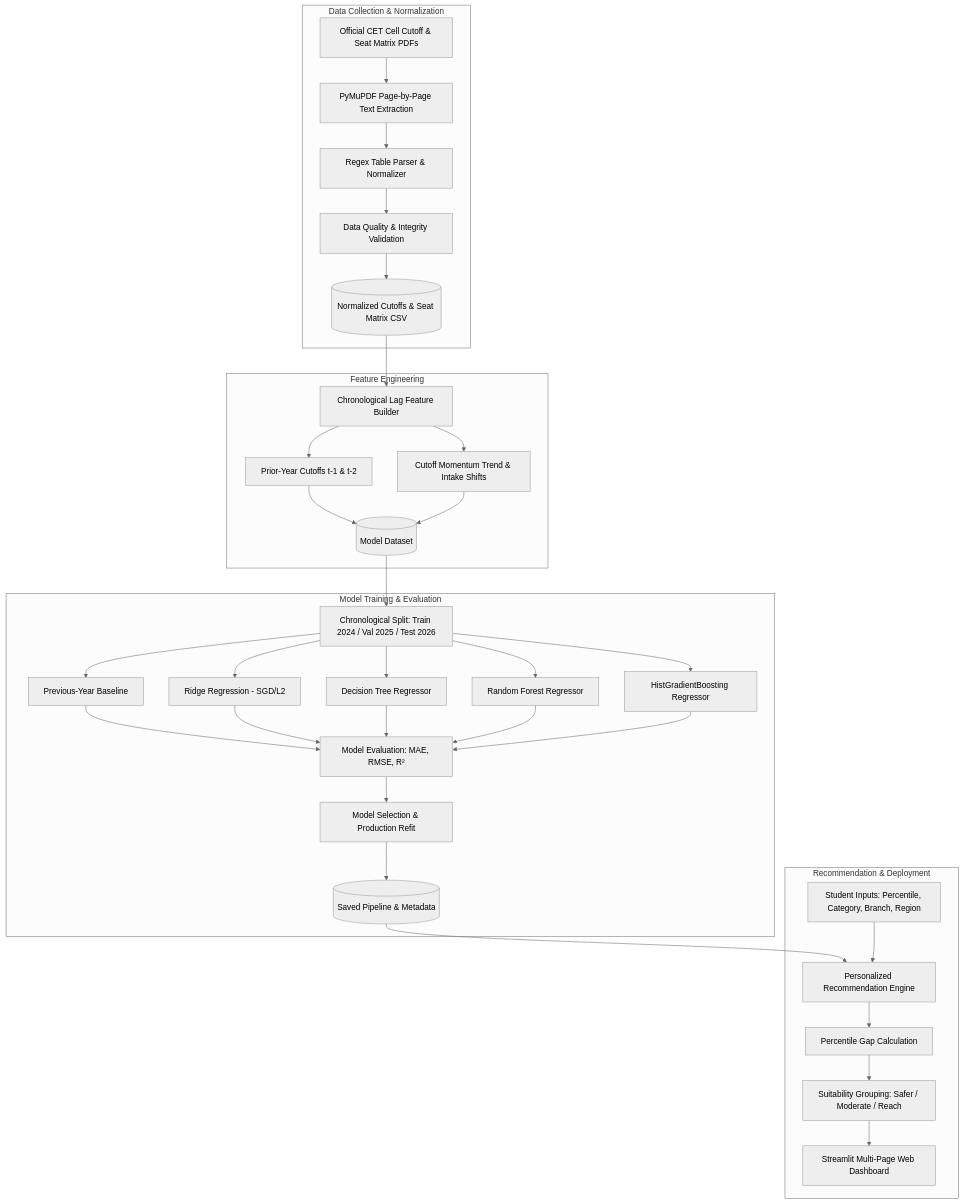
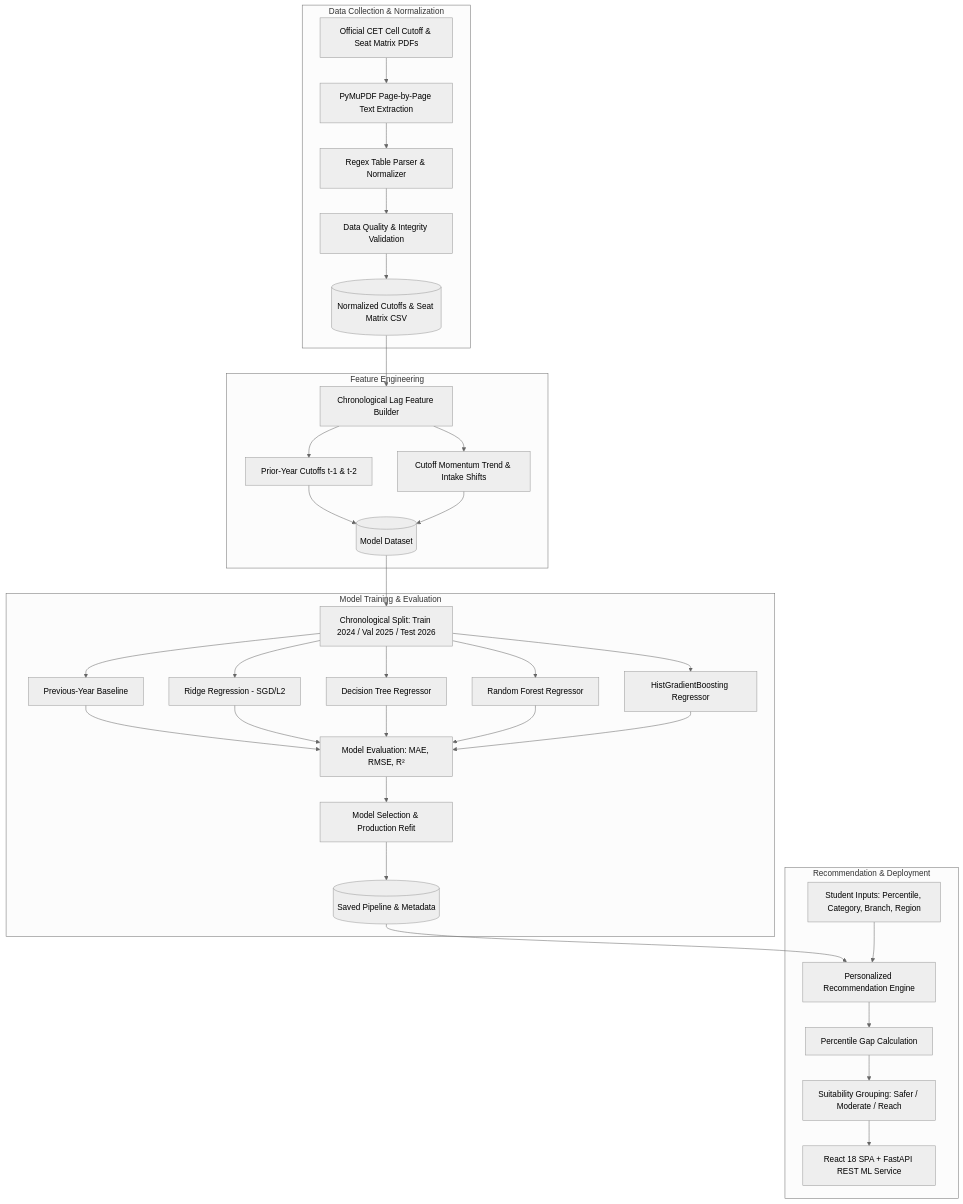
Before and after one commit to shindesiddhant-415/MHTCET-College-Admission-Predictor: the diagram in report/final_report_summary.md, drawn with Mermaid (neutral theme). The commit also changed other lines of this file and 57 other files, not shown here.

Commit message:
feat: migrate frontend to React 18 SPA with FastAPI REST backend and complete documentation

````diff
--- a/report/final_report_summary.md
+++ b/report/final_report_summary.md
@@ -78,37 +79,37 @@
 ```mermaid
 flowchart TD
     subgraph Data_Pipeline [Data Collection & Normalization]
         A[Official CET Cell Cutoff & Seat Matrix PDFs] --> B[PyMuPDF Page-by-Page Text Extraction]
         B --> C[Regex Table Parser & Normalizer]
         C --> D[Data Quality & Integrity Validation]
         D --> E[(Normalized Cutoffs & Seat Matrix CSV)]
     end
 
     subgraph Feature_Store [Feature Engineering]
         E --> F[Chronological Lag Feature Builder]
         F --> G[Prior-Year Cutoffs t-1 & t-2]
         F --> H[Cutoff Momentum Trend & Intake Shifts]
         G --> I[(Model Dataset)]
         H --> I
     end
 
     subgraph ML_Benchmarking [Model Training & Evaluation]
         I --> J[Chronological Split: Train 2024 / Val 2025 / Test 2026]
         J --> K1[Previous-Year Baseline]
         J --> K2[Ridge Regression - SGD/L2]
         J --> K3[Decision Tree Regressor]
         J --> K4[Random Forest Regressor]
         J --> K5[HistGradientBoosting Regressor]
         K1 & K2 & K3 & K4 & K5 --> L[Model Evaluation: MAE, RMSE, R²]
         L --> M[Model Selection & Production Refit]
         M --> N[(Saved Pipeline & Metadata)]
     end
 
     subgraph Decision_Engine [Recommendation & Deployment]
         N --> O[Personalized Recommendation Engine]
         P[Student Inputs: Percentile, Category, Branch, Region] --> O
         O --> Q[Percentile Gap Calculation]
         Q --> R[Suitability Grouping: Safer / Moderate / Reach]
-        R --> S[Streamlit Multi-Page Web Dashboard]
+        R --> S[React 18 SPA + FastAPI REST ML Service]
     end
 ```
````
